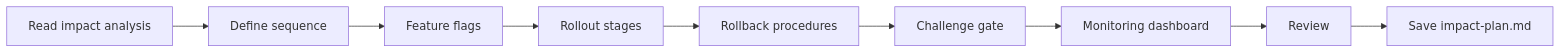
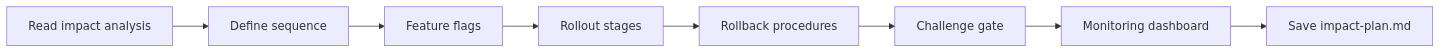
Before and after one commit to ai-driven-dev/framework: the diagram in skills/architecture-impact-plan/SKILL.md, drawn with Mermaid. The commit also changed other lines of this file and 32 other files, not shown here.

First line of the commit message:
refactor: simplify agents, enforce template adherence, align flows with courses

````diff
--- a/skills/architecture-impact-plan/SKILL.md
+++ b/skills/architecture-impact-plan/SKILL.md
@@ -32,4 +32,4 @@
 ```mermaid
 flowchart LR
-    A[Read impact analysis] --> B[Define sequence] --> C[Feature flags] --> D[Rollout stages] --> E[Rollback procedures] --> F[Challenge gate] --> G[Monitoring dashboard] --> H[Review] --> I[Save impact-plan.md]
+    A[Read impact analysis] --> B[Define sequence] --> C[Feature flags] --> D[Rollout stages] --> E[Rollback procedures] --> F[Challenge gate] --> G[Monitoring dashboard] --> H[Save impact-plan.md]
 ```
````
